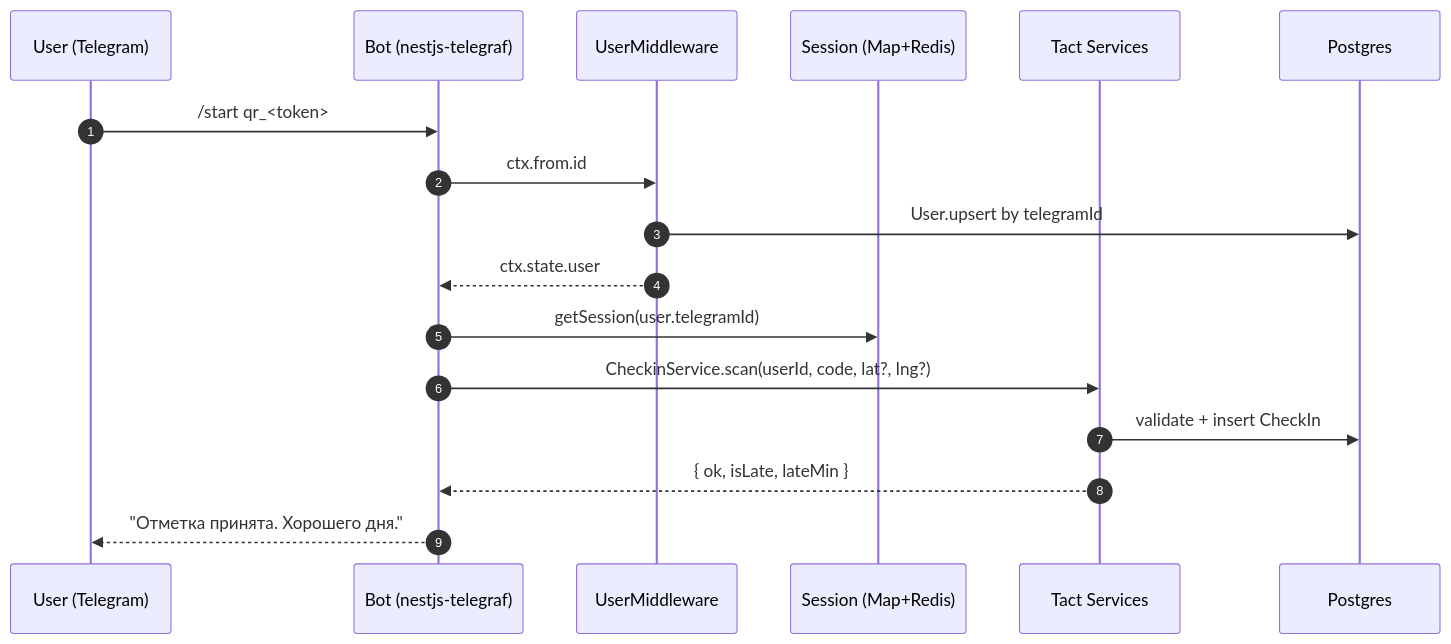
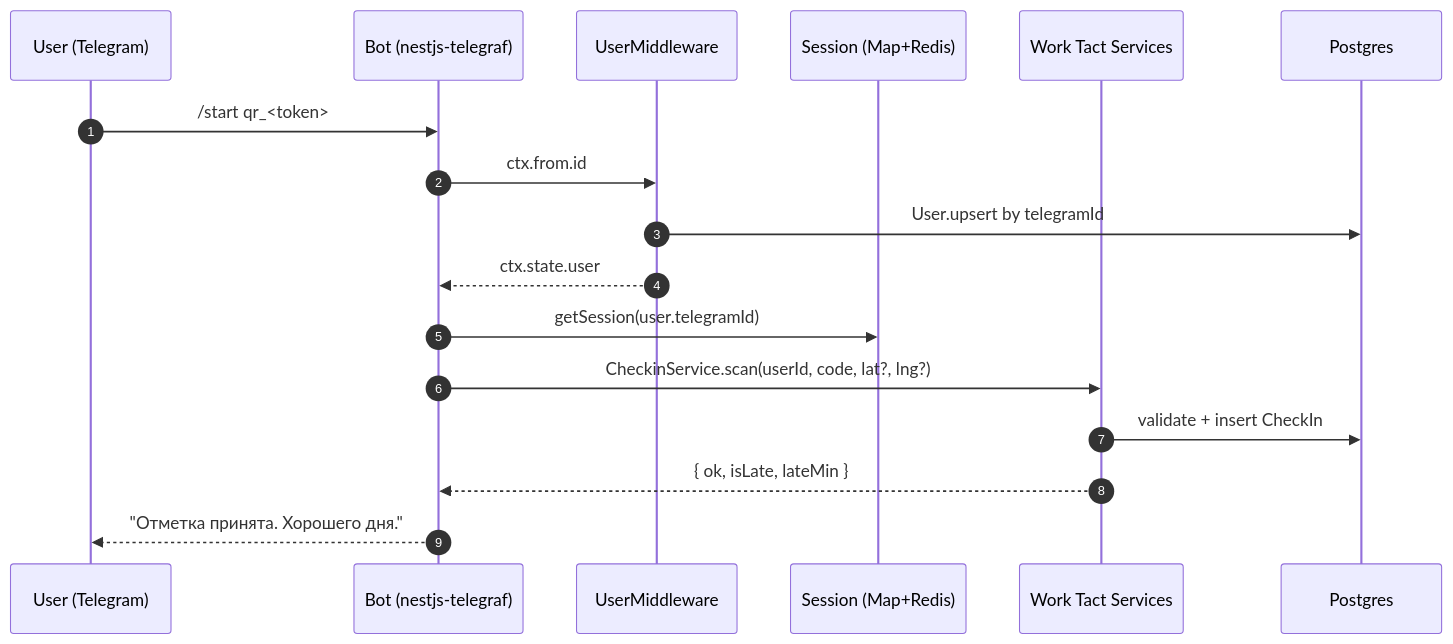
The first of 4 diagrams in docs/TELEGRAM_BOT.md (foxnaim/World-Time-back-End), drawn with Mermaid before and after one commit. The commit also changed other lines of this file and 19 other files, not shown here.

Commit message:
rebrand: Tact → Work Tact (display name); bot username worktact_bot

````diff
--- a/docs/TELEGRAM_BOT.md
+++ b/docs/TELEGRAM_BOT.md
@@ -41,20 +41,20 @@
 ```mermaid
 sequenceDiagram
   autonumber
   participant U as User (Telegram)
   participant B as Bot (nestjs-telegraf)
   participant M as UserMiddleware
   participant S as Session (Map+Redis)
-  participant API as Tact Services
+  participant API as Work Tact Services
   participant DB as Postgres
 
   U->>B: /start qr_<token>
   B->>M: ctx.from.id
   M->>DB: User.upsert by telegramId
   M-->>B: ctx.state.user
   B->>S: getSession(user.telegramId)
   B->>API: CheckinService.scan(userId, code, lat?, lng?)
   API->>DB: validate + insert CheckIn
   API-->>B: { ok, isLate, lateMin }
   B-->>U: "Отметка принята. Хорошего дня."
 ```
````
